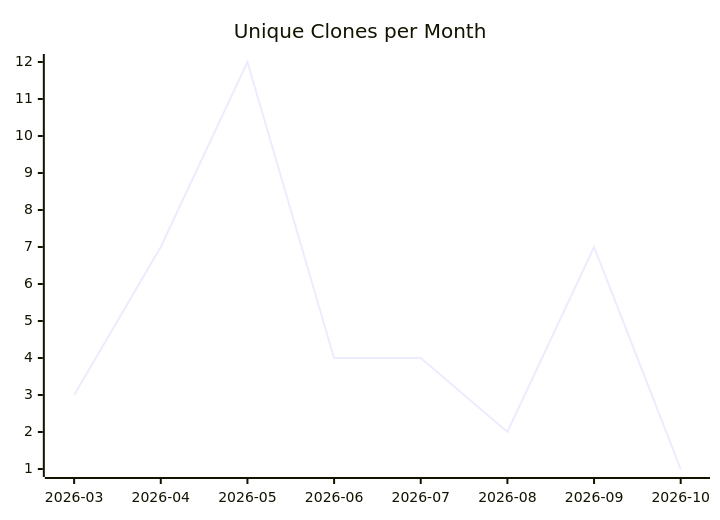
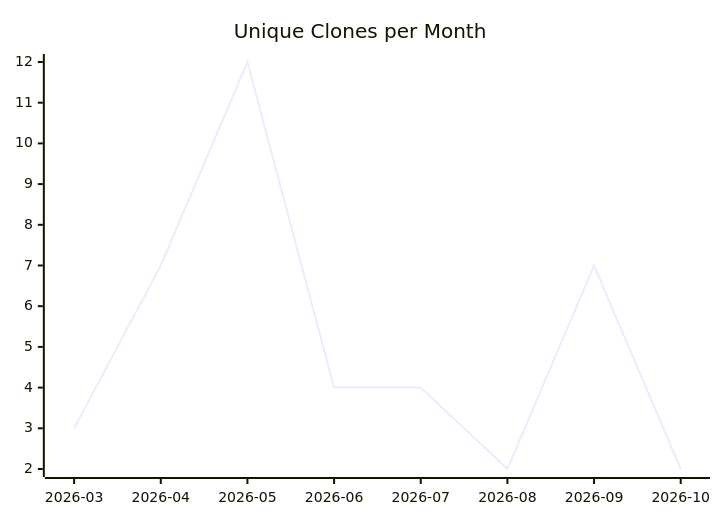
Before and after one commit to justdavis-family/github-analytics-data: the third of 3 diagrams in karlmdavis/perfect-note/README.md, drawn with Mermaid. The commit also changed other lines of this file and 203 other files, not shown here.

````diff
--- a/karlmdavis/perfect-note/README.md
+++ b/karlmdavis/perfect-note/README.md
@@ -19,6 +19,6 @@
 ```mermaid
 xychart-beta
   title "Unique Clones per Month"
   x-axis ["2026-03", "2026-04", "2026-05", "2026-06", "2026-07", "2026-08", "2026-09", "2026-10"]
-  line [3, 7, 12, 4, 4, 2, 7, 1]
+  line [3, 7, 12, 4, 4, 2, 7, 2]
 ```
````
